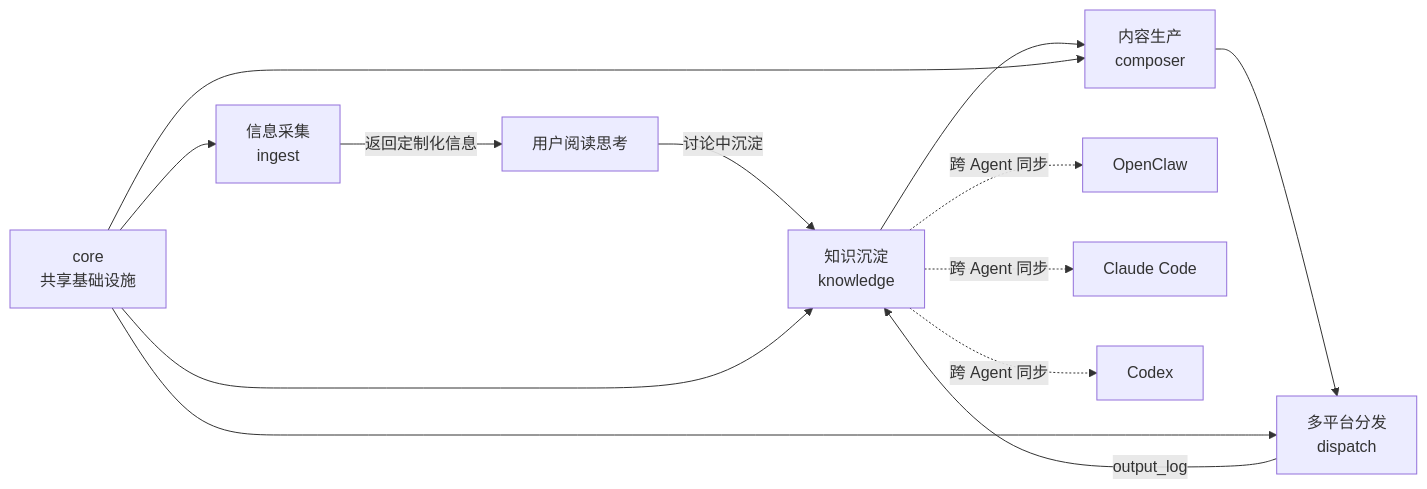
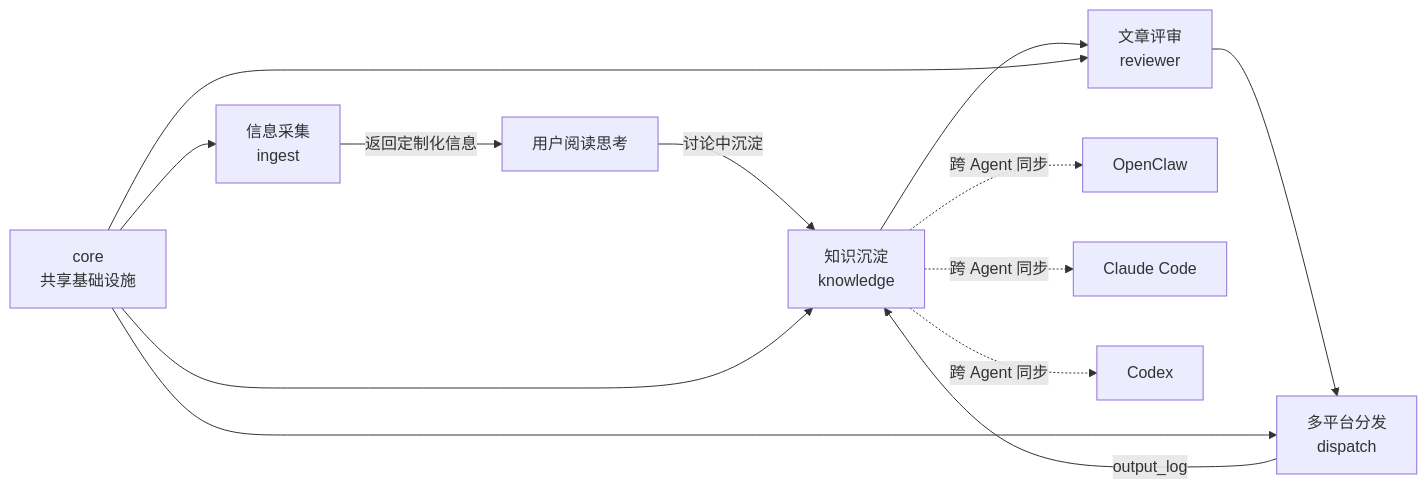
The first of 7 diagrams in docs/architecture.md (xinovate/linglong-knowledge), drawn with Mermaid before and after one commit. The commit also changed other lines of this file and 58 other files, not shown here.

First line of the commit message:
refactor: 删除 composer 模块，新建 reviewer 评审模块

````diff
--- a/docs/architecture.md
+++ b/docs/architecture.md
@@ -55,17 +55,17 @@
 ```mermaid
 graph LR
     A[信息采集<br/>ingest] -->|返回定制化信息| B[用户阅读思考]
     B -->|讨论中沉淀| C[知识沉淀<br/>knowledge]
-    C --> D[内容生产<br/>composer]
+    C --> D[文章评审<br/>reviewer]
     D --> E[多平台分发<br/>dispatch]
     E -->|output_log| C
 
     C -.->|跨 Agent 同步| F[OpenClaw]
     C -.->|跨 Agent 同步| G[Claude Code]
     C -.->|跨 Agent 同步| H[Codex]
 
     I[core<br/>共享基础设施] --> A
     I --> C
     I --> D
     I --> E
 ```
````
